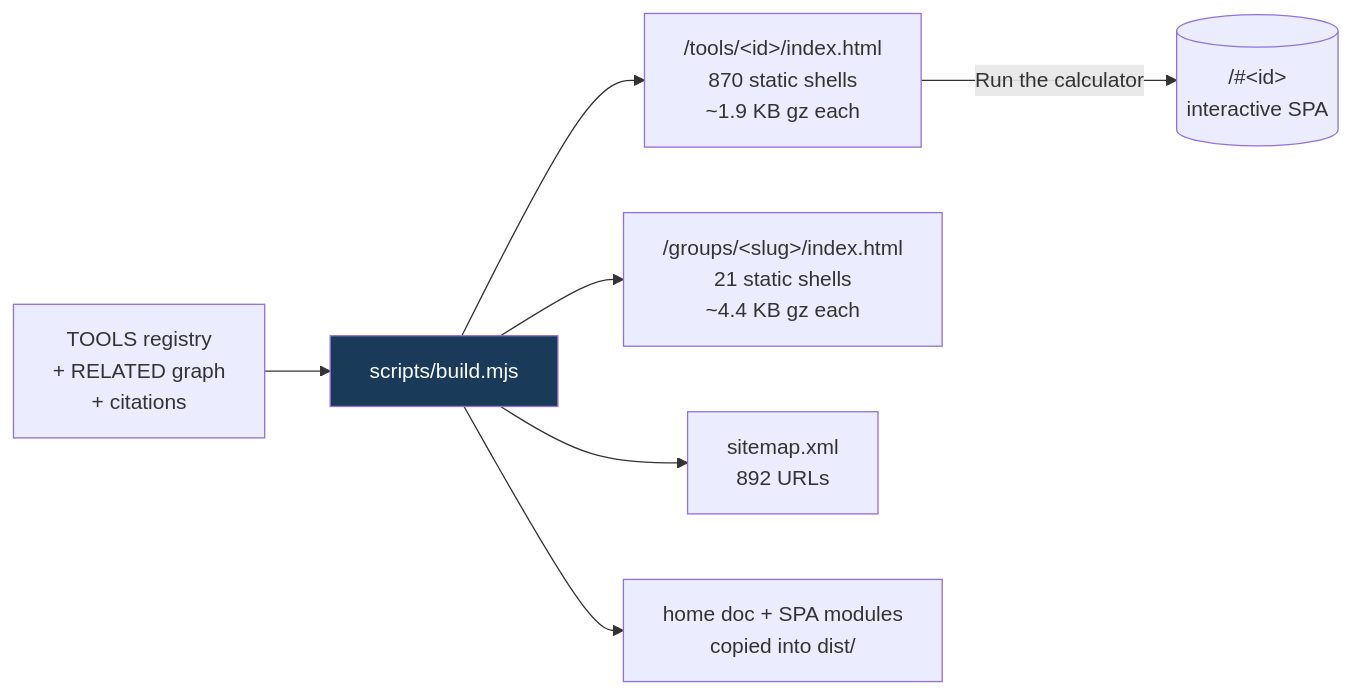
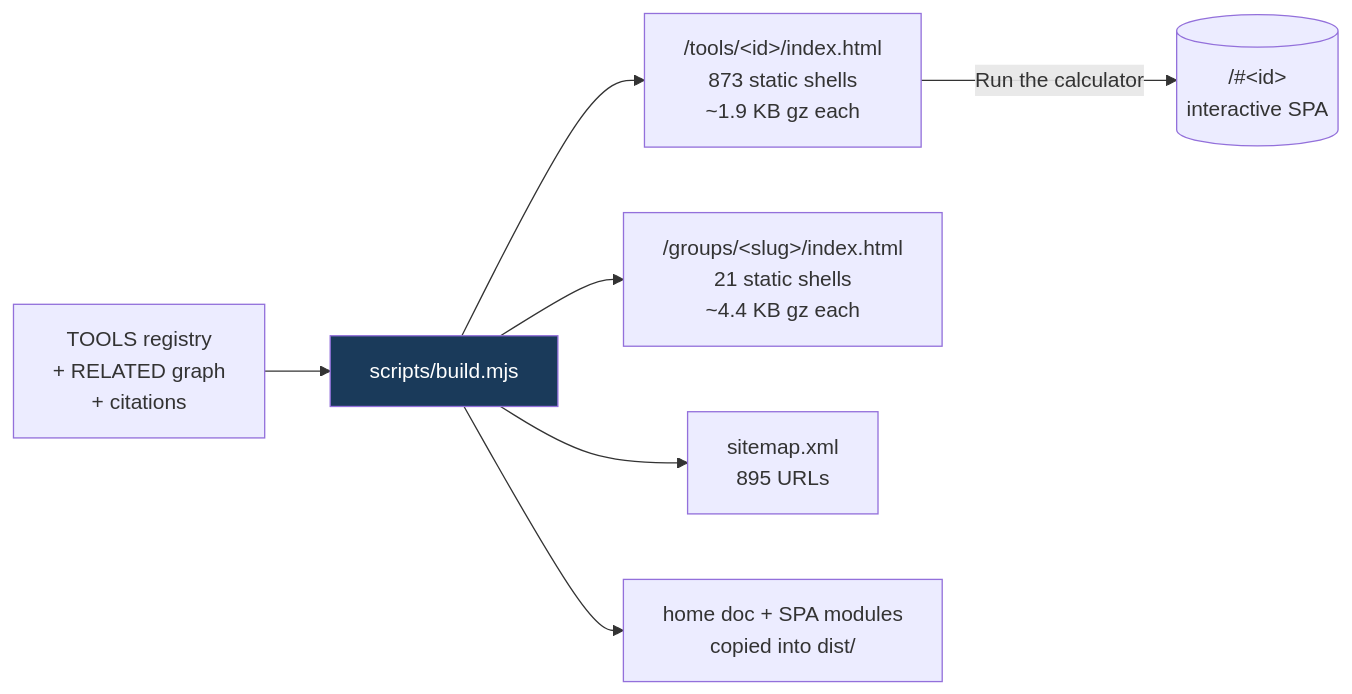
The fifth of 8 diagrams in README.md (clay-good/roughlogic.com), drawn with Mermaid before and after one commit. The commit also changed other lines of this file and 19 other files, not shown here.

````diff
--- a/README.md
+++ b/README.md
@@ -495,10 +495,10 @@
 ```mermaid
 flowchart LR
     SRC[TOOLS registry\n+ RELATED graph\n+ citations] --> BUILD[scripts/build.mjs]
-    BUILD --> TILE["/tools/&lt;id&gt;/index.html\n870 static shells\n~1.9 KB gz each"]
+    BUILD --> TILE["/tools/&lt;id&gt;/index.html\n873 static shells\n~1.9 KB gz each"]
     BUILD --> GROUP["/groups/&lt;slug&gt;/index.html\n21 static shells\n~4.4 KB gz each"]
-    BUILD --> MAP["sitemap.xml\n892 URLs"]
+    BUILD --> MAP["sitemap.xml\n895 URLs"]
     BUILD --> COPY[home doc + SPA modules\ncopied into dist/]
     TILE -->|Run the calculator| SPA[("/#&lt;id&gt;\ninteractive SPA")]
     style BUILD fill:#1a3a5a,color:#fff
 ```
````
